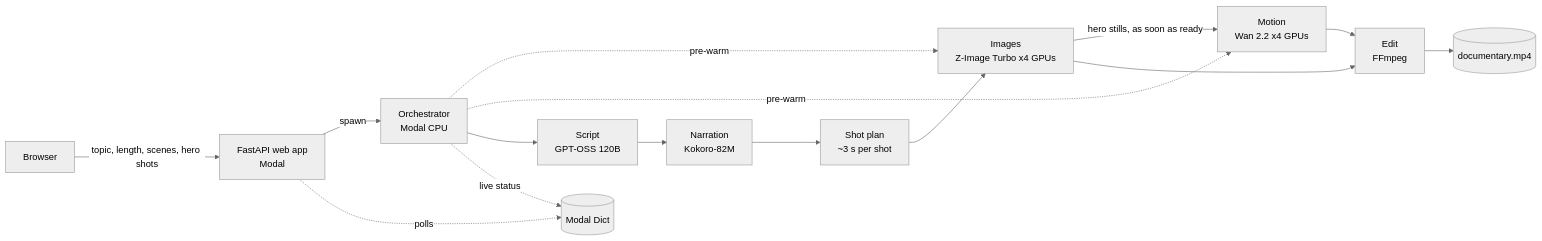
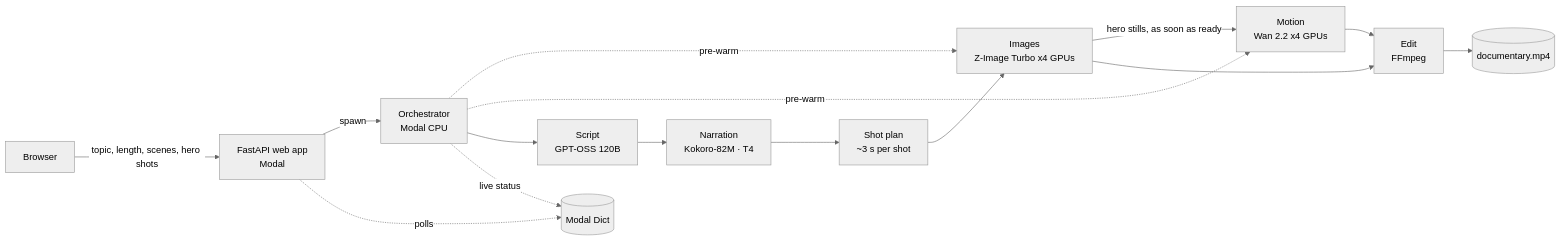
One commit to Nimesh000/docugen-ai changed the diagram in README.md. Above: the diagram before and after it, drawn with Mermaid (neutral theme). The commit also changed other lines of this file, not shown here.

````diff
--- a/README.md
+++ b/README.md
@@ -17,17 +17,17 @@
 ```mermaid
 flowchart LR
     U[Browser] -->|topic, length, scenes, hero shots| W[FastAPI web app<br/>Modal]
     W -->|spawn| O[Orchestrator<br/>Modal CPU]
     O -. pre-warm .-> I
     O -. pre-warm .-> M
     O --> S[Script<br/>GPT-OSS 120B]
-    S --> V[Narration<br/>Kokoro-82M]
+    S --> V[Narration<br/>Kokoro-82M · T4]
     V --> P[Shot plan<br/>~3 s per shot]
     P --> I[Images<br/>Z-Image Turbo x4 GPUs]
     I -->|hero stills, as soon as ready| M[Motion<br/>Wan 2.2 x4 GPUs]
     I --> E[Edit<br/>FFmpeg]
     M --> E
     E --> F[(documentary.mp4)]
     O -. live status .-> D[(Modal Dict)]
     W -. polls .-> D
 ```
````
